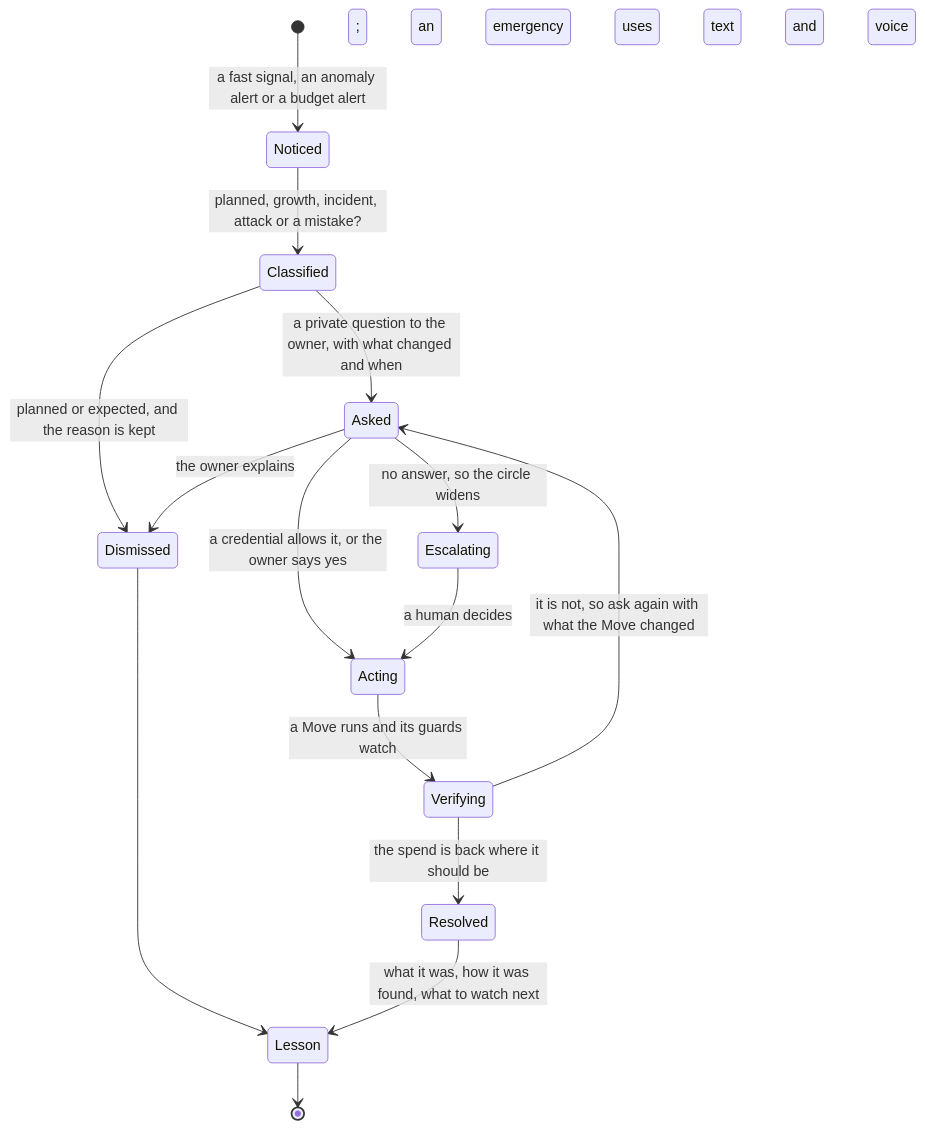
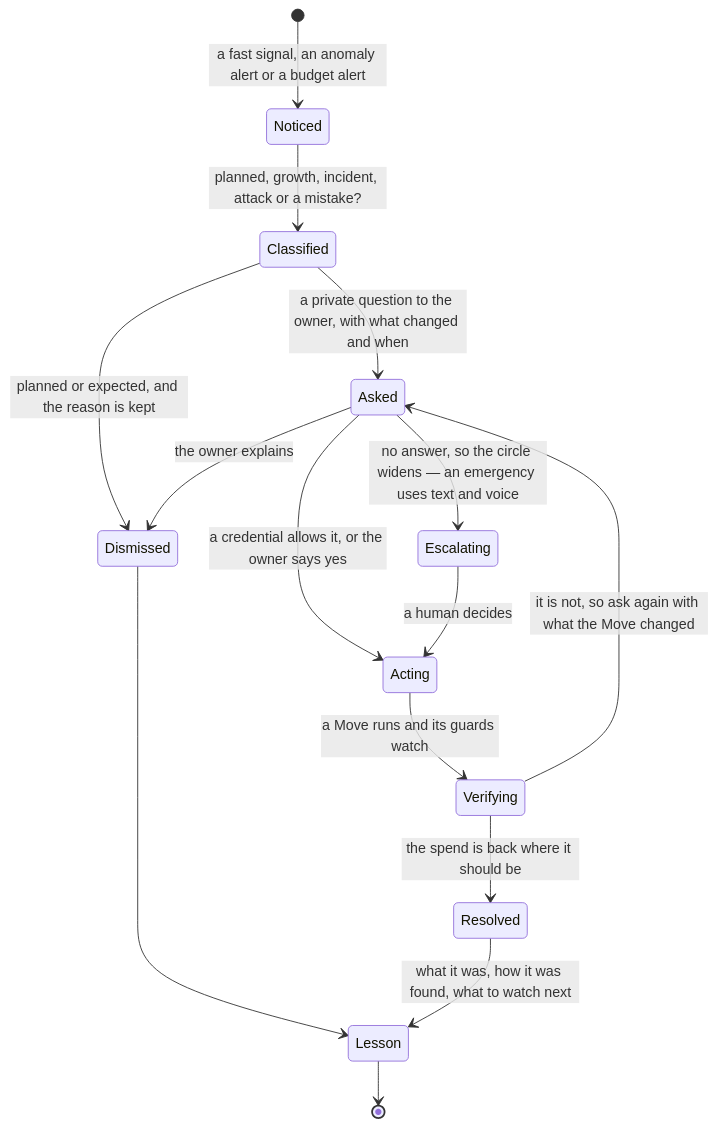
Before and after one commit to tinodo/meternaut: the second of 2 diagrams in docs/06-people-and-conversation.md, drawn with Mermaid. The commit also changed other lines of this file and 26 other files, not shown here.

````diff
--- a/docs/06-people-and-conversation.md
+++ b/docs/06-people-and-conversation.md
@@ -171,17 +171,17 @@
 ```mermaid
 stateDiagram-v2
     [*] --> Noticed: a fast signal, an anomaly alert or a budget alert
     Noticed --> Classified: planned, growth, incident, attack or a mistake?
     Classified --> Dismissed: planned or expected, and the reason is kept
     Classified --> Asked: a private question to the owner, with what changed and when
     Asked --> Dismissed: the owner explains
     Asked --> Acting: a credential allows it, or the owner says yes
-    Asked --> Escalating: no answer, so the circle widens; an emergency uses text and voice
+    Asked --> Escalating: no answer, so the circle widens — an emergency uses text and voice
     Escalating --> Acting: a human decides
     Acting --> Verifying: a Move runs and its guards watch
     Verifying --> Resolved: the spend is back where it should be
     Verifying --> Asked: it is not, so ask again with what the Move changed
     Resolved --> Lesson: what it was, how it was found, what to watch next
     Dismissed --> Lesson
     Lesson --> [*]
 ```
````
